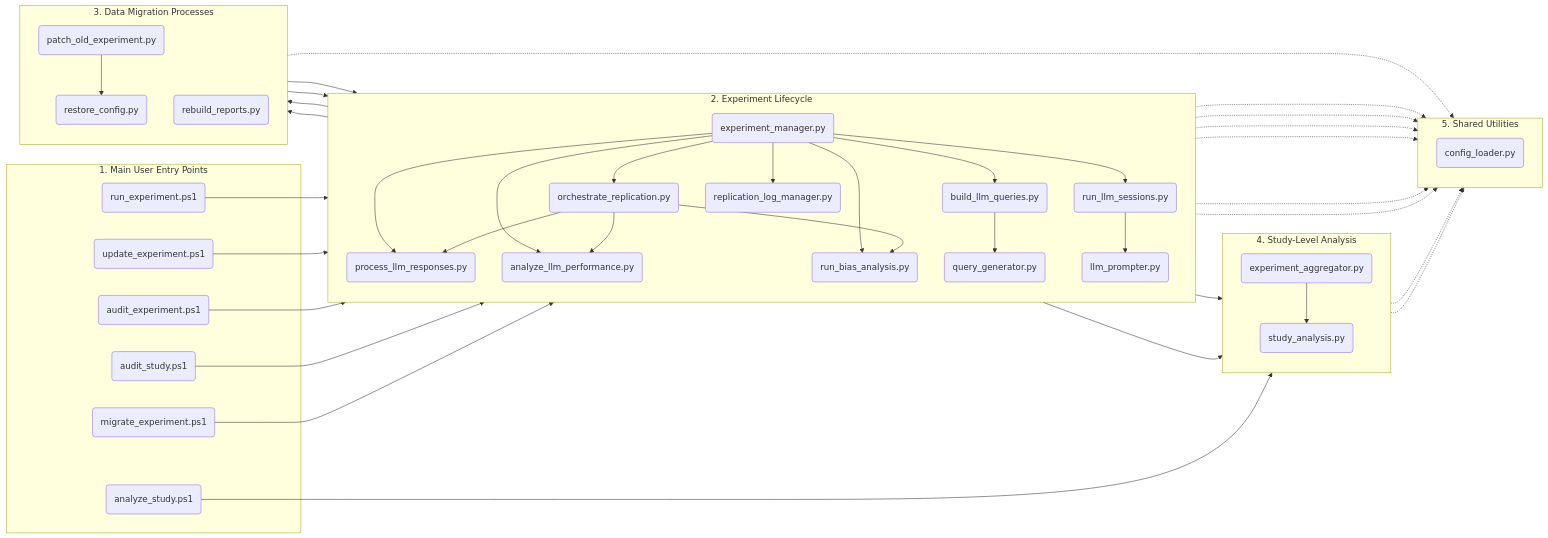
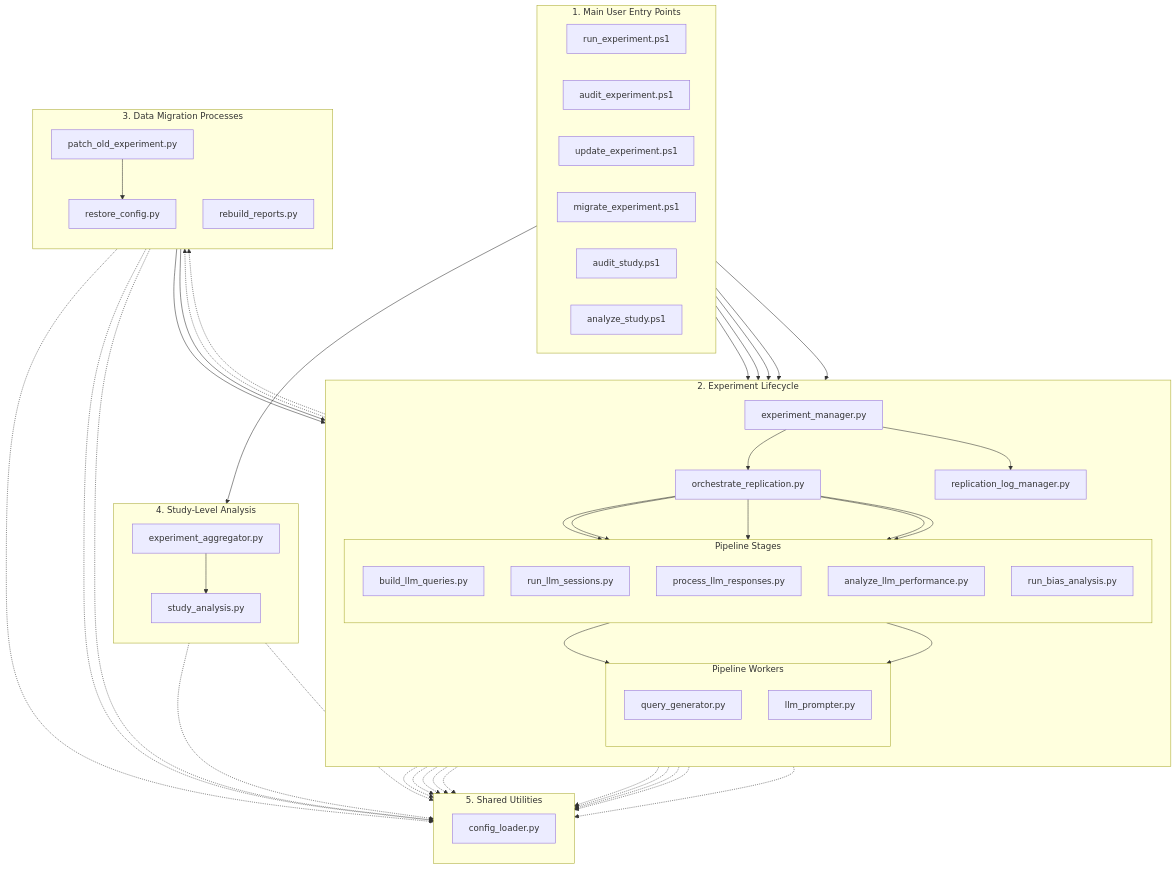
Before and after one commit to peterjmarko/llm-narrative-framework: the diagram in docs/diagrams/codebase_architecture.mmd, drawn with Mermaid. The commit also changed 15 other files, not shown here.

```diff
--- a/docs/diagrams/codebase_architecture.mmd
+++ b/docs/diagrams/codebase_architecture.mmd
@@ -1,92 +1,97 @@
-graph LR
-    %% Main User Entry Points (Leftmost column)
+graph TD
     subgraph "1. Main User Entry Points"
-        ps_run_exp("run_experiment.ps1")
-        ps_update_exp("update_experiment.ps1")
-        ps_audit_exp("audit_experiment.ps1")
-        ps_audit_study("audit_study.ps1")
-        ps_migrate("migrate_experiment.ps1")
-        ps_analyze_study("analyze_study.ps1")
+        direction LR
+        run_experiment_ps1["run_experiment.ps1"]
+        audit_experiment_ps1["audit_experiment.ps1"]
+        update_experiment_ps1["update_experiment.ps1"]
+        migrate_experiment_ps1["migrate_experiment.ps1"]
+        audit_study_ps1["audit_study.ps1"]
+        analyze_study_ps1["analyze_study.ps1"]
     end
 
-    %% Experiment Lifecycle (Central, main activities)
     subgraph "2. Experiment Lifecycle"
         direction TB
-        exp_manager("experiment_manager.py")
-        orchestrate("orchestrate_replication.py")
-        build_queries("build_llm_queries.py")
-        run_sessions("run_llm_sessions.py")
-        process_responses("process_llm_responses.py")
-        analyze_perf("analyze_llm_performance.py")
-        log_manager("replication_log_manager.py")
-        run_bias_analysis("run_bias_analysis.py")
-        llm_prompter("llm_prompter.py")
-        query_gen_util("query_generator.py")
+        exp_manager["experiment_manager.py"]
+        orchestrator["orchestrate_replication.py"]
+        
+        subgraph "Pipeline Stages"
+            direction TB
+            build_queries["build_llm_queries.py"]
+            run_sessions["run_llm_sessions.py"]
+            process_responses["process_llm_responses.py"]
+            analyze_performance["analyze_llm_performance.py"]
+            run_bias["run_bias_analysis.py"]
+        end
+        
+        subgraph "Pipeline Workers"
+            direction TB
+            query_generator["query_generator.py"]
+            llm_prompter["llm_prompter.py"]
+        end
+
+        log_manager["replication_log_manager.py"]
     end
 
-    %% Data Migration Processes (Above Experiment Lifecycle, called by exp_manager)
     subgraph "3. Data Migration Processes"
         direction TB
-        patch_old("patch_old_experiment.py")
-        restore_config("restore_config.py")
-        rebuild_reports("rebuild_reports.py")
-        patch_old --> restore_config
+        patch_old["patch_old_experiment.py"]
+        restore_config["restore_config.py"]
+        rebuild_reports["rebuild_reports.py"]
+    end
+
+    subgraph "4. Study-Level Analysis"
+        direction TB
+        exp_aggregator["experiment_aggregator.py"]
+        study_analysis["study_analysis.py"]
+    end
+
+    subgraph "5. Shared Utilities"
+        direction TB
+        config_loader["config_loader.py"]
     end
     
-    %% Study-Level Analysis (Below Experiment Lifecycle, final aggregation)
-    subgraph "4. Study-Level Analysis"
-        direction TB
-        aggregator("experiment_aggregator.py")
-        study_analyzer("study_analysis.py")
-        aggregator --> study_analyzer
-    end
+    %% --- Main Workflow Connections ---
+    run_experiment_ps1 --> exp_manager
+    update_experiment_ps1 --> exp_manager
+    audit_experiment_ps1 --> exp_manager
+    audit_study_ps1 --> exp_manager
+    migrate_experiment_ps1 --> exp_manager
+    analyze_study_ps1 --> exp_aggregator
+    
+    exp_manager --> orchestrator
+    exp_manager --> log_manager
+    exp_manager -.-> patch_old
+    exp_manager -.-> rebuild_reports
 
-    %% Shared Utilities (Positioned to reduce clutter, often below or to the right)
-    subgraph "5. Shared Utilities"
-        direction TB
-        config_loader("config_loader.py")
-    end
+    orchestrator --> build_queries
+    orchestrator --> run_sessions
+    orchestrator --> process_responses
+    orchestrator --> analyze_performance
+    orchestrator --> run_bias
+    
+    build_queries --> query_generator
+    run_sessions --> llm_prompter
+    
+    exp_aggregator --> study_analysis
 
-    %% --- Define Relationships ---
-    %% PowerShell to Python Entry Points (Solid: Execution)
-    ps_run_exp --> exp_manager
-    ps_update_exp --> exp_manager
-    ps_audit_exp --> exp_manager
-    ps_audit_study --> exp_manager
-    ps_migrate --> exp_manager
-    ps_analyze_study --> aggregator
-    
-    %% Experiment Manager's calls (Solid: Execution)
-    exp_manager --> build_queries
-    exp_manager --> run_sessions
-    exp_manager --> process_responses
-    exp_manager --> analyze_perf
-    exp_manager --> run_bias_analysis
-    exp_manager --> aggregator
-    exp_manager --> orchestrate
-    exp_manager --> log_manager
-    exp_manager --> patch_old
-    exp_manager --> rebuild_reports
+    %% --- Migration Workflow Connections ---
+    patch_old --> restore_config
+    rebuild_reports --> process_responses
+    rebuild_reports --> analyze_performance
 
-    %% Orchestrator's role (now primarily for reprocessing)
-    orchestrate --> process_responses
-    orchestrate --> analyze_perf
-    orchestrate --> run_bias_analysis
-    orchestrate --> aggregator
-
-    %% Utility dependencies (Solid: Execution)
-    build_queries --> query_gen_util
-    run_sessions --> llm_prompter
-    rebuild_reports --> process_responses
-    rebuild_reports --> analyze_perf
-
-    %% Shared Utility Imports (Dotted: Import/Dependency)
-    exp_manager -.-> config_loader
-    orchestrate -.-> config_loader
-    aggregator -.-> config_loader
-    study_analyzer -.-> config_loader
-    rebuild_reports -.-> config_loader
-    query_gen_util -.-> config_loader
-    llm_prompter -.-> config_loader
-    analyze_perf -.-> config_loader
-    process_responses -.-> config_loader
+    %% --- Import Connections (Dotted Lines) ---
+    exp_manager         -.-> config_loader
+    orchestrator        -.-> config_loader
+    build_queries       -.-> config_loader
+    run_sessions        -.-> config_loader
+    process_responses   -.-> config_loader
+    analyze_performance -.-> config_loader
+    run_bias            -.-> config_loader
+    query_generator     -.-> config_loader
+    llm_prompter        -.-> config_loader
+    patch_old           -.-> config_loader
+    restore_config      -.-> config_loader
+    rebuild_reports     -.-> config_loader
+    exp_aggregator      -.-> config_loader
+    study_analysis      -.-> config_loader
+    log_manager         -.-> config_loader
```
